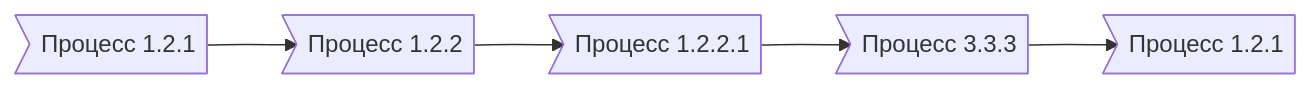
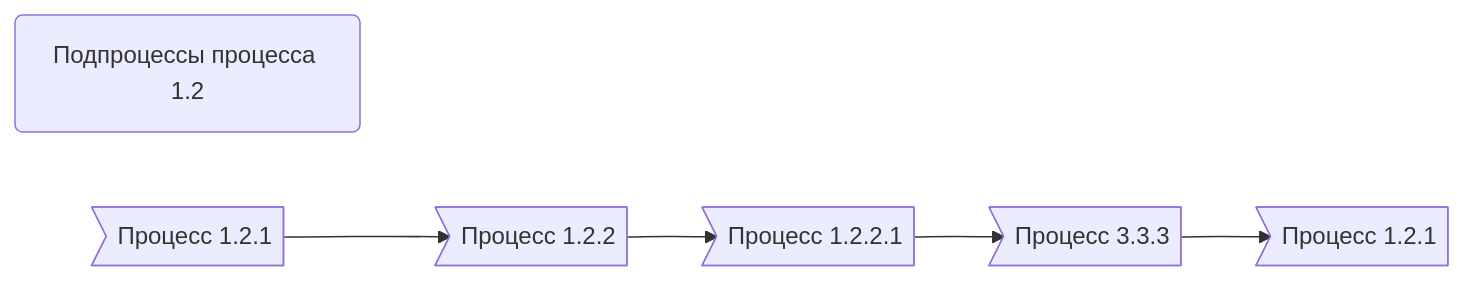
One commit to bpmbpm/doc changed the diagram in METAMODEL/PROCESS/subprocess.md. Above: the diagram before and after it, drawn with Mermaid.

````diff
--- a/METAMODEL/PROCESS/subprocess.md
+++ b/METAMODEL/PROCESS/subprocess.md
@@ -15,5 +15,6 @@
 ``` mermaid
 flowchart LR
+1.2(Подпроцессы процесса 1.2)
     1.2.1>Процесс 1.2.1] --> 1.2.2>Процесс 1.2.2] --> 1.2.1.1>Процесс 1.2.2.1]--> 3.3.3>Процесс 3.3.3] --> 1.2.2_>Процесс 1.2.1]
 
 ```  
````
